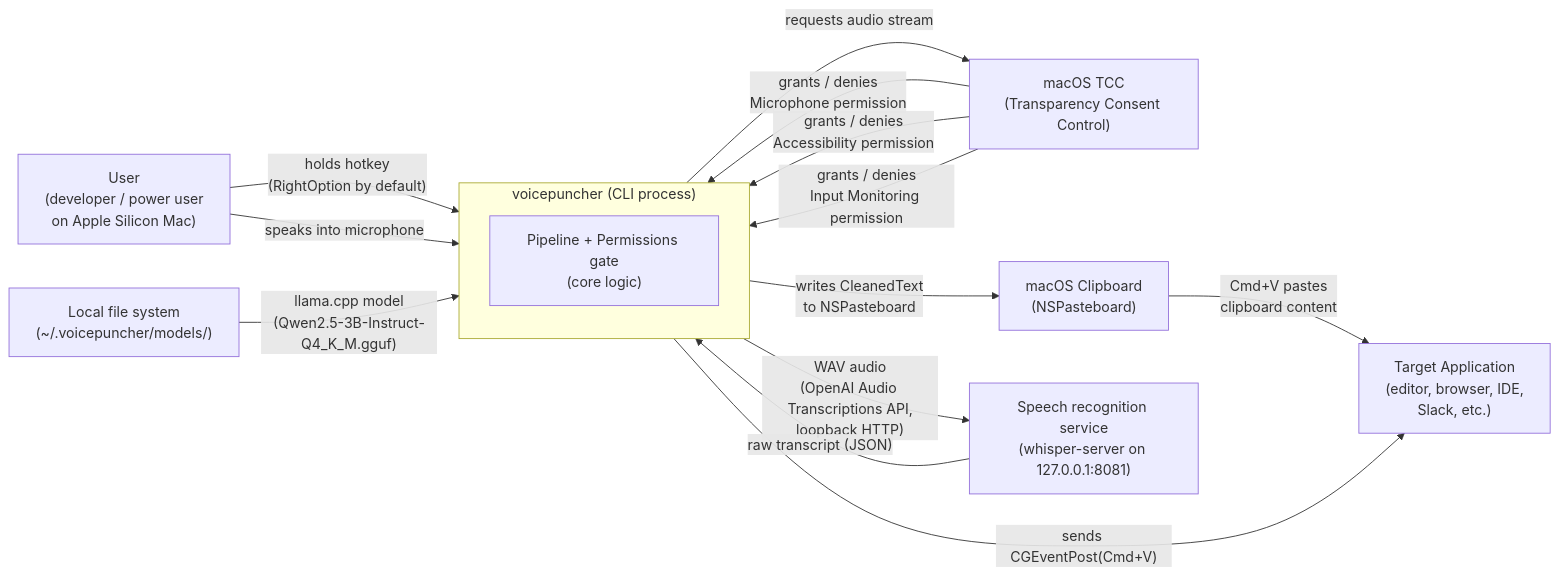
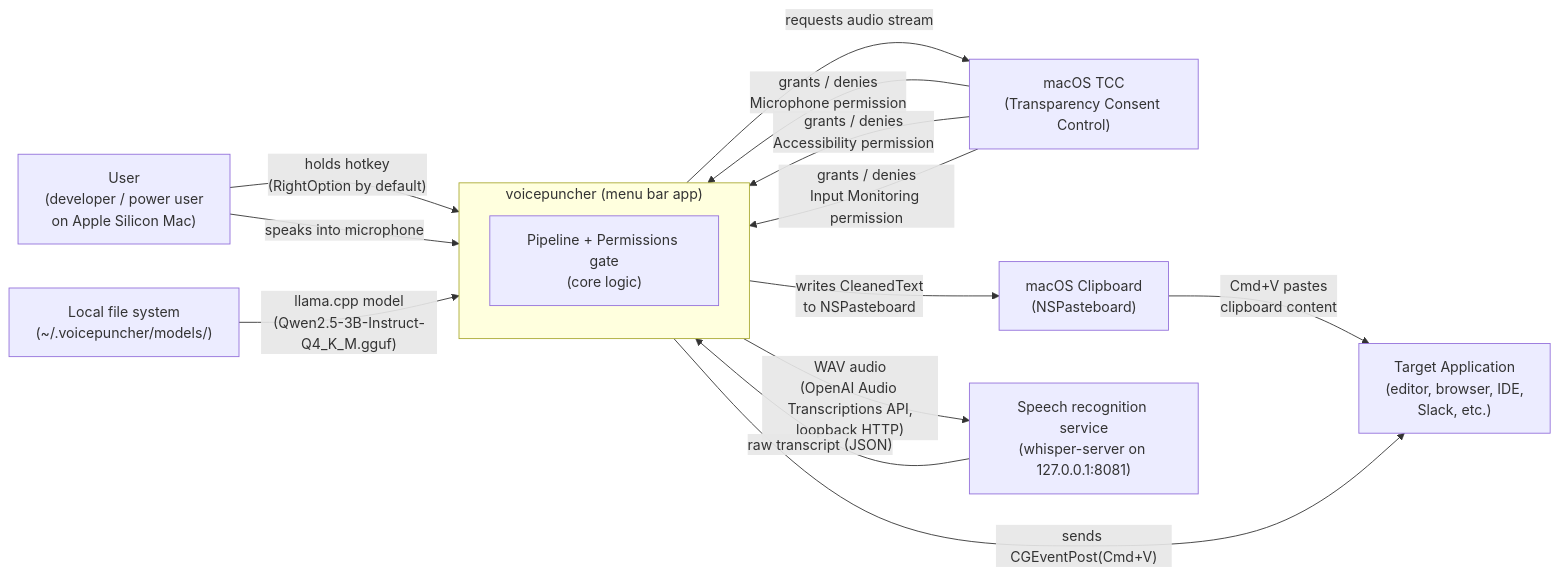
Before and after one commit to firstpilotpirx/voicepuncher: the first of 2 diagrams in docs/architecture/context.md, drawn with Mermaid. The commit also changed other lines of this file and 101 other files, not shown here.

````diff
--- a/docs/architecture/context.md
+++ b/docs/architecture/context.md
@@ -5,28 +5,28 @@
 ```mermaid
 flowchart LR
     USER["User\n(developer / power user\non Apple Silicon Mac)"]
 
-    subgraph vp["voicepuncher (CLI process)"]
+    subgraph vp["voicepuncher (menu bar app)"]
         direction TB
         CORE["Pipeline + Permissions gate\n(core logic)"]
     end
 
     TCC["macOS TCC\n(Transparency Consent Control)"]
     CLIPBOARD["macOS Clipboard\n(NSPasteboard)"]
     CURSOR["Target Application\n(editor, browser, IDE,\nSlack, etc.)"]
     MODELFS["Local file system\n(~/.voicepuncher/models/)"]
     STT["Speech recognition service\n(whisper-server on 127.0.0.1:8081)"]
 
     USER -- "holds hotkey\n(RightOption by default)" --> vp
     USER -- "speaks into microphone" --> vp
     vp -- "requests audio stream" --> TCC
     TCC -- "grants / denies\nMicrophone permission" --> vp
     TCC -- "grants / denies\nAccessibility permission" --> vp
     TCC -- "grants / denies\nInput Monitoring permission" --> vp
     vp -- "writes CleanedText\nto NSPasteboard" --> CLIPBOARD
     vp -- "sends CGEventPost(Cmd+V)" --> CURSOR
     CLIPBOARD -- "Cmd+V pastes\nclipboard content" --> CURSOR
     vp -- "WAV audio\n(OpenAI Audio Transcriptions API,\nloopback HTTP)" --> STT
     STT -- "raw transcript (JSON)" --> vp
     MODELFS -- "llama.cpp model\n(Qwen2.5-3B-Instruct-Q4_K_M.gguf)" --> vp
 ```
````
